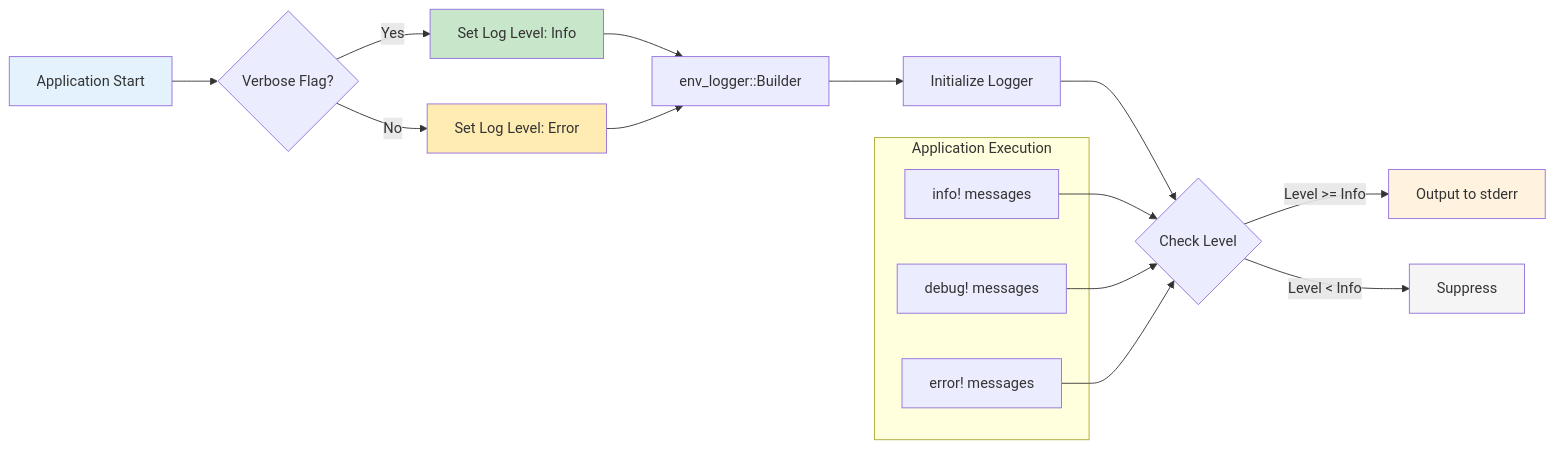
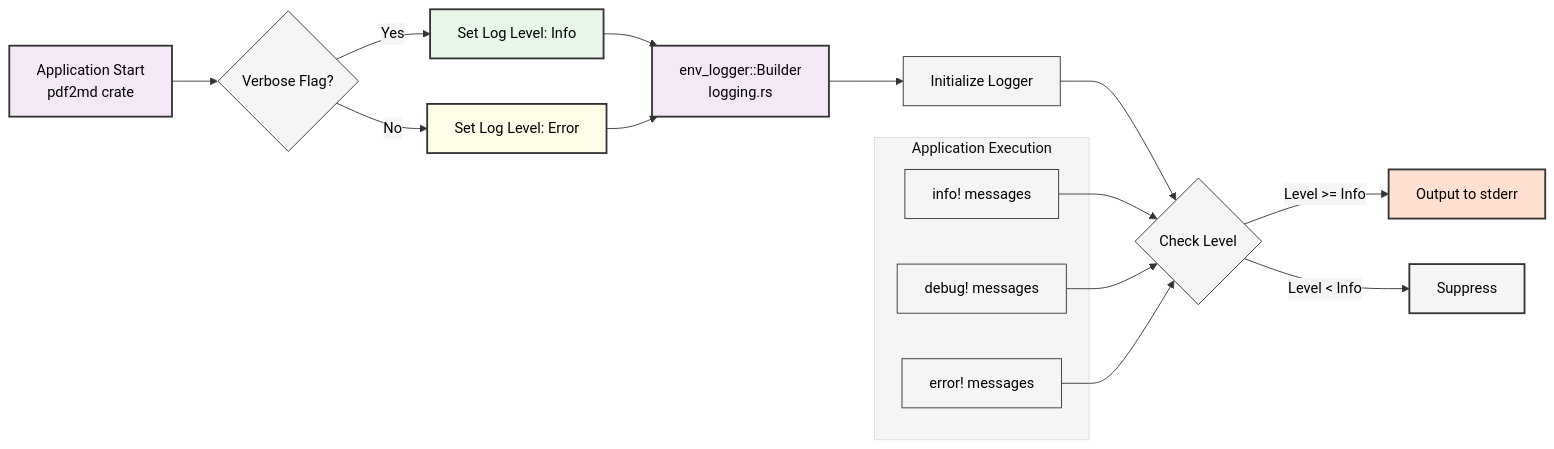
One commit to softwarewrighter/pdf2md changed the seventh of 8 diagrams in wiki/Architecture-Diagrams.md. Above: the diagram before and after it, drawn with Mermaid. The commit also changed other lines of this file and 12 other files, not shown here.

First line of the commit message:
docs: update wiki and docs for workspace architecture

````diff
--- a/wiki/Architecture-Diagrams.md
+++ b/wiki/Architecture-Diagrams.md
@@ -292,31 +333,33 @@
 ```mermaid
+%%{init: {'theme':'base', 'themeVariables': {'primaryColor':'#f5f5f5','primaryTextColor':'#000','primaryBorderColor':'#333','lineColor':'#333','secondaryColor':'#f5f5f5','tertiaryColor':'#f5f5f5'}}}%%
 flowchart LR
-    A[Application Start] --> B{Verbose Flag?}
+    A[Application Start<br/>pdf2md crate] --> B{Verbose Flag?}
     B -->|Yes| C[Set Log Level: Info]
     B -->|No| D[Set Log Level: Error]
 
-    C --> E[env_logger::Builder]
+    C --> E[env_logger::Builder<br/>logging.rs]
     D --> E
 
     E --> F[Initialize Logger]
 
     subgraph "Application Execution"
         G[info! messages]
         H[debug! messages]
         I[error! messages]
     end
 
     F --> J{Check Level}
     G --> J
     H --> J
     I --> J
 
     J -->|Level >= Info| K[Output to stderr]
     J -->|Level < Info| L[Suppress]
 
-    style A fill:#e3f2fd
-    style C fill:#c8e6c9
-    style D fill:#ffecb3
-    style K fill:#fff3e0
-    style L fill:#f5f5f5
+    style A fill:#f4e8f7,stroke:#333,stroke-width:2px,color:#000
+    style C fill:#e8f5e9,stroke:#333,stroke-width:2px,color:#000
+    style D fill:#fffde7,stroke:#333,stroke-width:2px,color:#000
+    style E fill:#f4e8f7,stroke:#333,stroke-width:2px,color:#000
+    style K fill:#ffe0d1,stroke:#333,stroke-width:2px,color:#000
+    style L fill:#f5f5f5,stroke:#333,stroke-width:2px,color:#000
 ```
````
